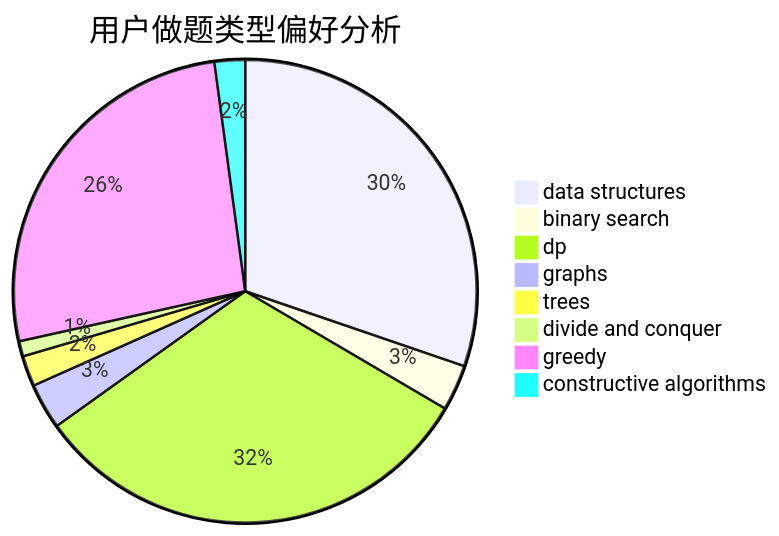
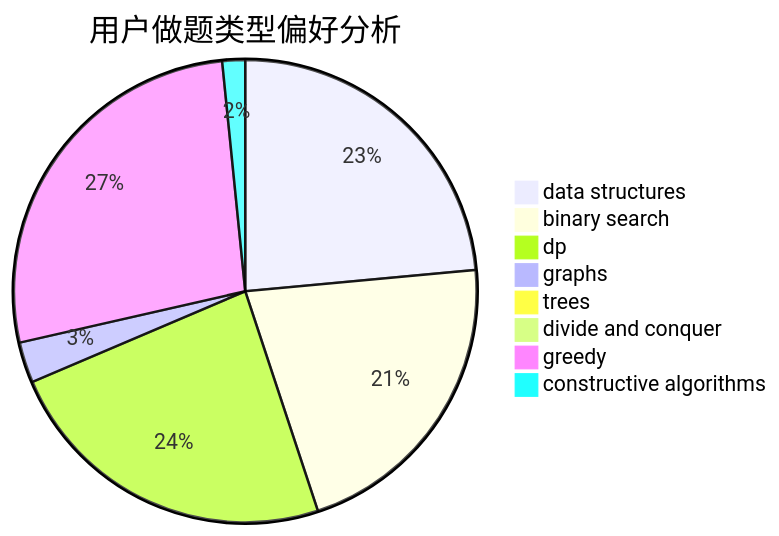
One commit to sherpahu/cfrs.github.io changed the second of 3 diagrams in docs/user/u2496.md. Above: the diagram before and after it, drawn with Mermaid. The commit also changed other lines of this file and 2770 other files, not shown here.

````diff
--- a/docs/user/u2496.md
+++ b/docs/user/u2496.md
@@ -23,11 +23,11 @@
 ```mermaid
 pie title 用户做题类型偏好分析
-    "data structures" :  85
-    "binary search" :  9
-    "dp" :  89
-    "graphs" :  9
-    "trees" :  6
-    "divide and conquer" :  3
-    "greedy" :  74
-    "constructive algorithms" :  6
+    "data structures" :  472
+    "binary search" :  429
+    "dp" :  475
+    "graphs" :  57
+    "trees" :  11
+    "divide and conquer" :  1
+    "greedy" :  541
+    "constructive algorithms" :  32
 ```
````
